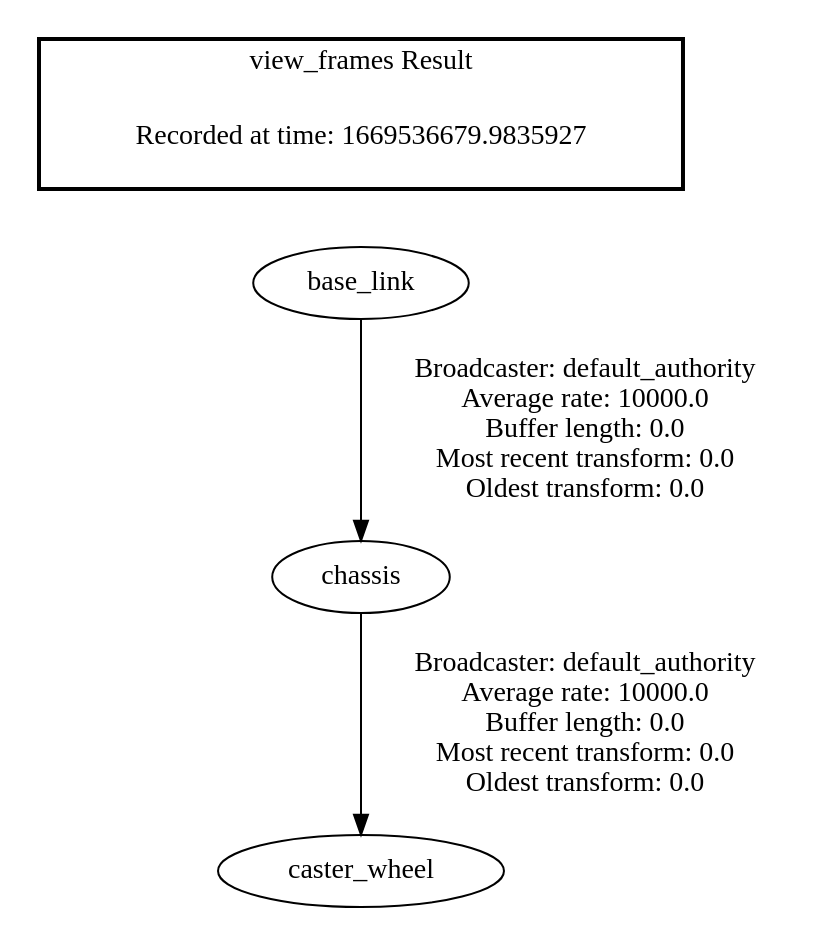
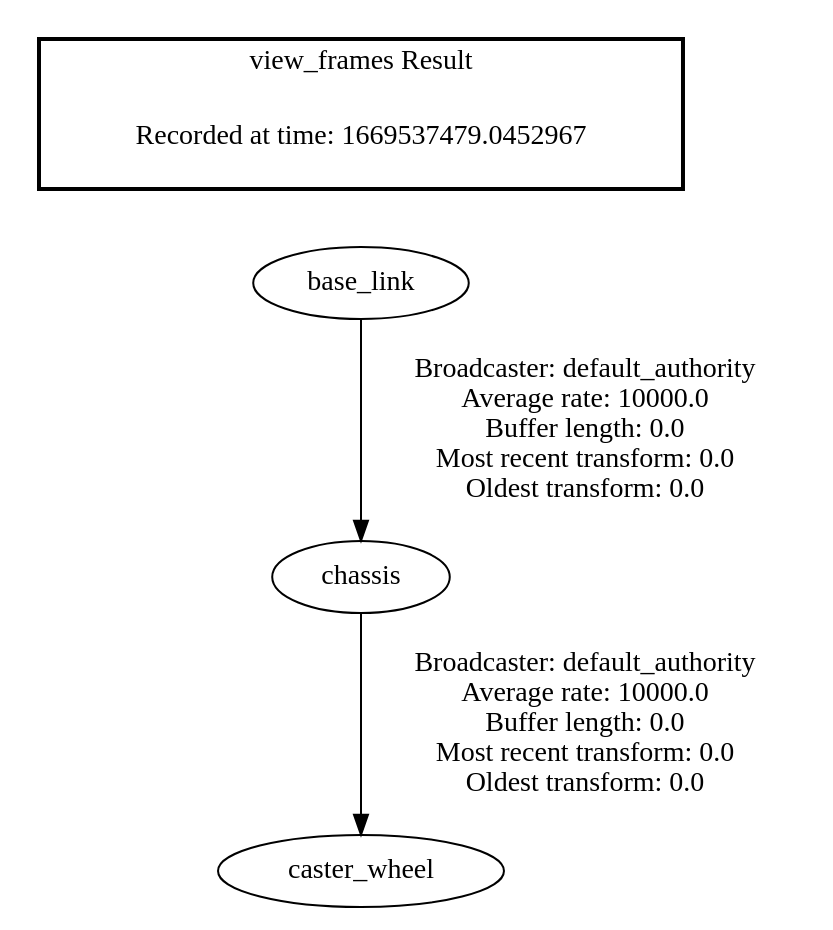
The diagram in frames.gv (jvinol/G1FinalProject), drawn with Graphviz before and after one commit. The commit also changed 75 other files, not shown here.

```diff
--- a/frames.gv
+++ b/frames.gv
@@ -1,8 +1,8 @@
 digraph G {
 "chassis" -> "caster_wheel"[label=" Broadcaster: default_authority\nAverage rate: 10000.0\nBuffer length: 0.0\nMost recent transform: 0.0\nOldest transform: 0.0\n"];
 "base_link" -> "chassis"[label=" Broadcaster: default_authority\nAverage rate: 10000.0\nBuffer length: 0.0\nMost recent transform: 0.0\nOldest transform: 0.0\n"];
 edge [style=invis];
  subgraph cluster_legend { style=bold; color=black; label ="view_frames Result";
-"Recorded at time: 1669536679.9835927"[ shape=plaintext ] ;
+"Recorded at time: 1669537479.0452967"[ shape=plaintext ] ;
 }->"base_link";
 }
```
